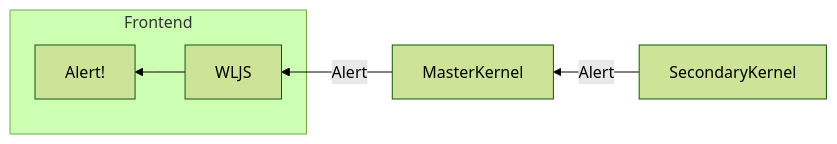
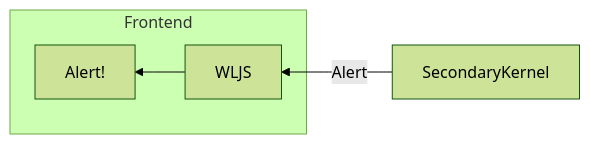
The third of 3 diagrams in docs/frontend/Evaluation/Dynamic.md (JerryI/wljs-docs), drawn with Mermaid (forest theme) before and after one commit. The commit also changed other lines of this file and 395 other files, not shown here.

````diff
--- a/docs/frontend/Evaluation/Dynamic.md
+++ b/docs/frontend/Evaluation/Dynamic.md
@@ -88,15 +91,15 @@
 ```mermaid
 flowchart RL
 
 subgraph Frontend
 WLJS --> Alert!
 end
 
-MasterKernel
+
 
 SecondaryKernel
 
 
-SecondaryKernel--Alert-->MasterKernel--Alert-->WLJS
+SecondaryKernel--Alert-->WLJS
 
 ```
````
